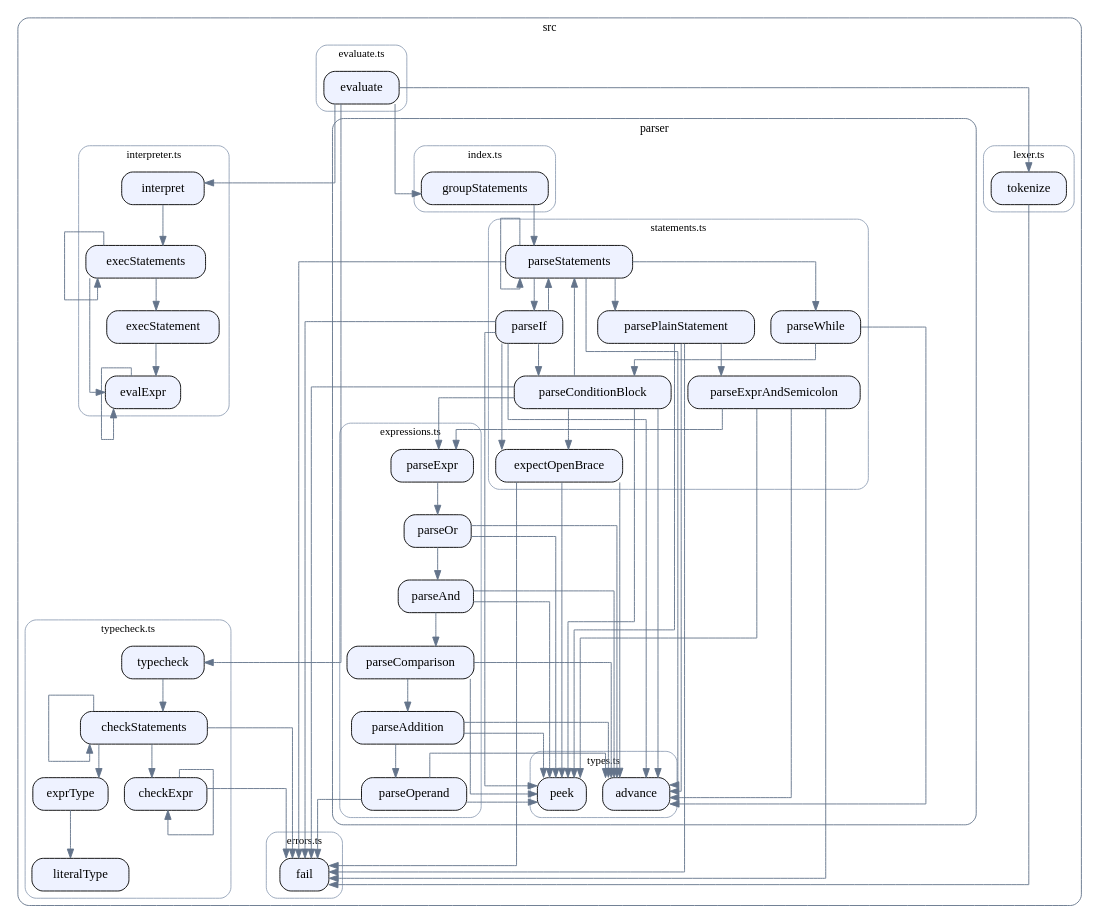
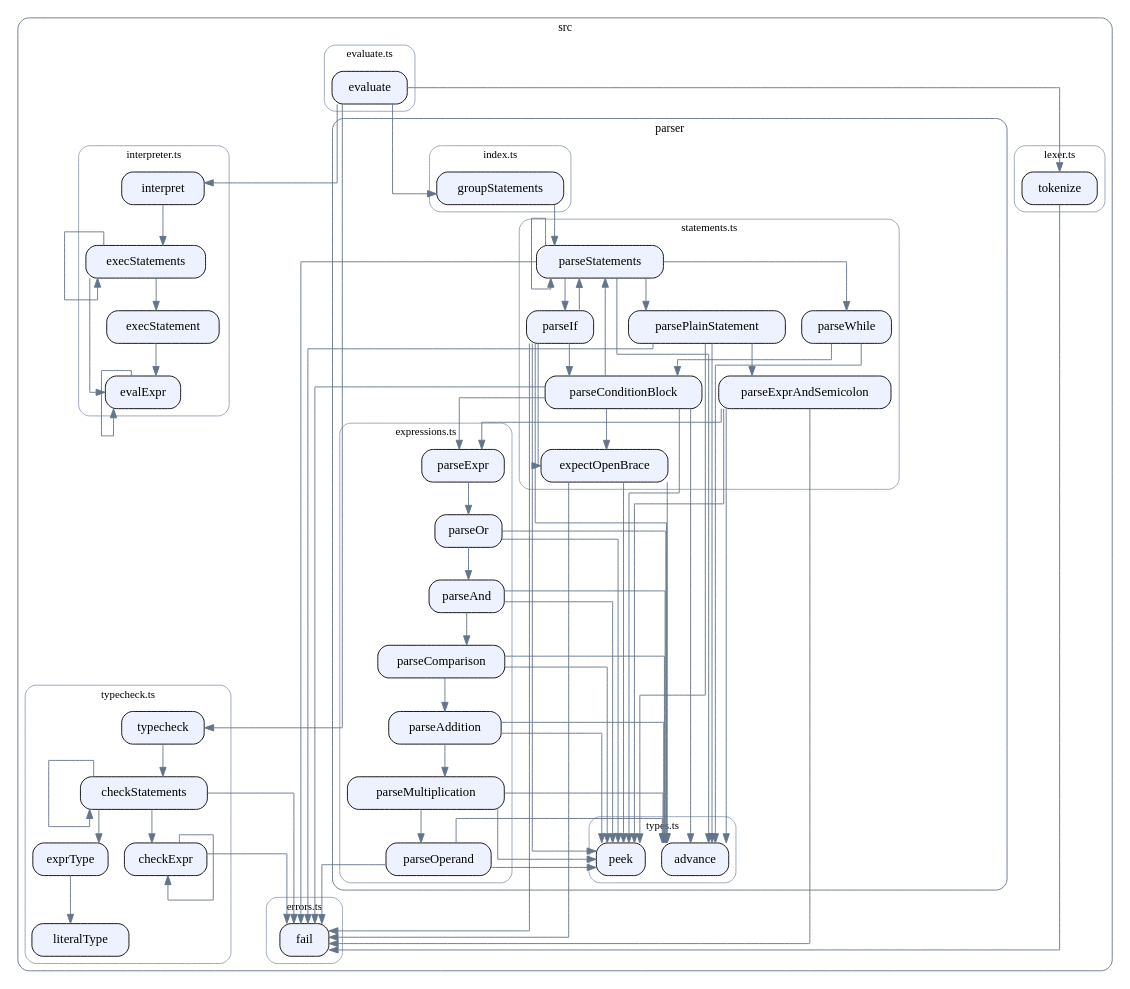
Before and after one commit to SirMathhman/Tuff: the diagram in docs/callgraph.dot, drawn with Graphviz. The commit also changed 8 other files, not shown here.

```diff
--- a/docs/callgraph.dot
+++ b/docs/callgraph.dot
@@ -1,178 +1,182 @@
 digraph tuff {
   rankdir=TB;
   splines=ortho;
   node [shape=box, style="rounded,filled", fillcolor="#eef2ff", fontname="Consolas"];
   edge [color="#64748b"];
   subgraph "cluster_dir_src" {
     style="rounded";
     color="#64748b";
     fontname="Consolas";
     fontsize=13;
     label="src";
   subgraph "cluster_src_errors_ts" {
     style="rounded";
     color="#94a3b8";
     fontname="Consolas";
     fontsize=12;
     label="errors.ts";
     "src\\errors.ts::fail" [label="fail"];
   }
   subgraph "cluster_src_evaluate_ts" {
     style="rounded";
     color="#94a3b8";
     fontname="Consolas";
     fontsize=12;
     label="evaluate.ts";
     "src\\evaluate.ts::evaluate" [label="evaluate"];
   }
   subgraph "cluster_src_interpreter_ts" {
     style="rounded";
     color="#94a3b8";
     fontname="Consolas";
     fontsize=12;
     label="interpreter.ts";
     "src\\interpreter.ts::evalExpr" [label="evalExpr"];
     "src\\interpreter.ts::execStatement" [label="execStatement"];
     "src\\interpreter.ts::execStatements" [label="execStatements"];
     "src\\interpreter.ts::interpret" [label="interpret"];
   }
   subgraph "cluster_src_lexer_ts" {
     style="rounded";
     color="#94a3b8";
     fontname="Consolas";
     fontsize=12;
     label="lexer.ts";
     "src\\lexer.ts::tokenize" [label="tokenize"];
   }
   subgraph "cluster_src_typecheck_ts" {
     style="rounded";
     color="#94a3b8";
     fontname="Consolas";
     fontsize=12;
     label="typecheck.ts";
     "src\\typecheck.ts::literalType" [label="literalType"];
     "src\\typecheck.ts::checkExpr" [label="checkExpr"];
     "src\\typecheck.ts::exprType" [label="exprType"];
     "src\\typecheck.ts::checkStatements" [label="checkStatements"];
     "src\\typecheck.ts::typecheck" [label="typecheck"];
   }
   subgraph "cluster_dir_src_parser" {
     style="rounded";
     color="#64748b";
     fontname="Consolas";
     fontsize=13;
     label="parser";
   subgraph "cluster_src_parser_expressions_ts" {
     style="rounded";
     color="#94a3b8";
     fontname="Consolas";
     fontsize=12;
     label="expressions.ts";
     "src\\parser\\expressions.ts::parseExpr" [label="parseExpr"];
     "src\\parser\\expressions.ts::parseOr" [label="parseOr"];
     "src\\parser\\expressions.ts::parseAnd" [label="parseAnd"];
     "src\\parser\\expressions.ts::parseComparison" [label="parseComparison"];
     "src\\parser\\expressions.ts::parseAddition" [label="parseAddition"];
+    "src\\parser\\expressions.ts::parseMultiplication" [label="parseMultiplication"];
     "src\\parser\\expressions.ts::parseOperand" [label="parseOperand"];
   }
   subgraph "cluster_src_parser_index_ts" {
     style="rounded";
     color="#94a3b8";
     fontname="Consolas";
     fontsize=12;
     label="index.ts";
     "src\\parser\\index.ts::groupStatements" [label="groupStatements"];
   }
   subgraph "cluster_src_parser_statements_ts" {
     style="rounded";
     color="#94a3b8";
     fontname="Consolas";
     fontsize=12;
     label="statements.ts";
     "src\\parser\\statements.ts::parseStatements" [label="parseStatements"];
     "src\\parser\\statements.ts::parseExprAndSemicolon" [label="parseExprAndSemicolon"];
     "src\\parser\\statements.ts::expectOpenBrace" [label="expectOpenBrace"];
     "src\\parser\\statements.ts::parsePlainStatement" [label="parsePlainStatement"];
     "src\\parser\\statements.ts::parseConditionBlock" [label="parseConditionBlock"];
     "src\\parser\\statements.ts::parseIf" [label="parseIf"];
     "src\\parser\\statements.ts::parseWhile" [label="parseWhile"];
   }
   subgraph "cluster_src_parser_types_ts" {
     style="rounded";
     color="#94a3b8";
     fontname="Consolas";
     fontsize=12;
     label="types.ts";
     "src\\parser\\types.ts::peek" [label="peek"];
     "src\\parser\\types.ts::advance" [label="advance"];
   }
   }
   }
   "src\\evaluate.ts::evaluate" -> "src\\lexer.ts::tokenize";
   "src\\evaluate.ts::evaluate" -> "src\\parser\\index.ts::groupStatements";
   "src\\evaluate.ts::evaluate" -> "src\\typecheck.ts::typecheck";
   "src\\evaluate.ts::evaluate" -> "src\\interpreter.ts::interpret";
   "src\\interpreter.ts::evalExpr" -> "src\\interpreter.ts::evalExpr";
   "src\\interpreter.ts::execStatement" -> "src\\interpreter.ts::evalExpr";
   "src\\interpreter.ts::execStatements" -> "src\\interpreter.ts::execStatements";
   "src\\interpreter.ts::execStatements" -> "src\\interpreter.ts::evalExpr";
   "src\\interpreter.ts::execStatements" -> "src\\interpreter.ts::execStatement";
   "src\\interpreter.ts::interpret" -> "src\\interpreter.ts::execStatements";
   "src\\lexer.ts::tokenize" -> "src\\errors.ts::fail";
   "src\\parser\\expressions.ts::parseExpr" -> "src\\parser\\expressions.ts::parseOr";
   "src\\parser\\expressions.ts::parseOr" -> "src\\parser\\expressions.ts::parseAnd";
   "src\\parser\\expressions.ts::parseOr" -> "src\\parser\\types.ts::peek";
   "src\\parser\\expressions.ts::parseOr" -> "src\\parser\\types.ts::advance";
   "src\\parser\\expressions.ts::parseAnd" -> "src\\parser\\expressions.ts::parseComparison";
   "src\\parser\\expressions.ts::parseAnd" -> "src\\parser\\types.ts::peek";
   "src\\parser\\expressions.ts::parseAnd" -> "src\\parser\\types.ts::advance";
   "src\\parser\\expressions.ts::parseComparison" -> "src\\parser\\expressions.ts::parseAddition";
   "src\\parser\\expressions.ts::parseComparison" -> "src\\parser\\types.ts::peek";
   "src\\parser\\expressions.ts::parseComparison" -> "src\\parser\\types.ts::advance";
-  "src\\parser\\expressions.ts::parseAddition" -> "src\\parser\\expressions.ts::parseOperand";
+  "src\\parser\\expressions.ts::parseAddition" -> "src\\parser\\expressions.ts::parseMultiplication";
   "src\\parser\\expressions.ts::parseAddition" -> "src\\parser\\types.ts::peek";
   "src\\parser\\expressions.ts::parseAddition" -> "src\\parser\\types.ts::advance";
+  "src\\parser\\expressions.ts::parseMultiplication" -> "src\\parser\\expressions.ts::parseOperand";
+  "src\\parser\\expressions.ts::parseMultiplication" -> "src\\parser\\types.ts::peek";
+  "src\\parser\\expressions.ts::parseMultiplication" -> "src\\parser\\types.ts::advance";
   "src\\parser\\expressions.ts::parseOperand" -> "src\\parser\\types.ts::peek";
   "src\\parser\\expressions.ts::parseOperand" -> "src\\errors.ts::fail";
   "src\\parser\\expressions.ts::parseOperand" -> "src\\parser\\types.ts::advance";
   "src\\parser\\index.ts::groupStatements" -> "src\\parser\\statements.ts::parseStatements";
   "src\\parser\\statements.ts::parseStatements" -> "src\\parser\\types.ts::advance";
   "src\\parser\\statements.ts::parseStatements" -> "src\\parser\\statements.ts::parseStatements";
   "src\\parser\\statements.ts::parseStatements" -> "src\\errors.ts::fail";
   "src\\parser\\statements.ts::parseStatements" -> "src\\parser\\statements.ts::parseIf";
   "src\\parser\\statements.ts::parseStatements" -> "src\\parser\\statements.ts::parseWhile";
   "src\\parser\\statements.ts::parseStatements" -> "src\\parser\\statements.ts::parsePlainStatement";
   "src\\parser\\statements.ts::parseExprAndSemicolon" -> "src\\parser\\expressions.ts::parseExpr";
   "src\\parser\\statements.ts::parseExprAndSemicolon" -> "src\\parser\\types.ts::peek";
   "src\\parser\\statements.ts::parseExprAndSemicolon" -> "src\\errors.ts::fail";
   "src\\parser\\statements.ts::parseExprAndSemicolon" -> "src\\parser\\types.ts::advance";
   "src\\parser\\statements.ts::expectOpenBrace" -> "src\\parser\\types.ts::peek";
   "src\\parser\\statements.ts::expectOpenBrace" -> "src\\errors.ts::fail";
   "src\\parser\\statements.ts::expectOpenBrace" -> "src\\parser\\types.ts::advance";
   "src\\parser\\statements.ts::parsePlainStatement" -> "src\\parser\\types.ts::peek";
   "src\\parser\\statements.ts::parsePlainStatement" -> "src\\errors.ts::fail";
   "src\\parser\\statements.ts::parsePlainStatement" -> "src\\parser\\types.ts::advance";
   "src\\parser\\statements.ts::parsePlainStatement" -> "src\\parser\\statements.ts::parseExprAndSemicolon";
   "src\\parser\\statements.ts::parseConditionBlock" -> "src\\parser\\types.ts::peek";
   "src\\parser\\statements.ts::parseConditionBlock" -> "src\\errors.ts::fail";
   "src\\parser\\statements.ts::parseConditionBlock" -> "src\\parser\\types.ts::advance";
   "src\\parser\\statements.ts::parseConditionBlock" -> "src\\parser\\expressions.ts::parseExpr";
   "src\\parser\\statements.ts::parseConditionBlock" -> "src\\parser\\statements.ts::expectOpenBrace";
   "src\\parser\\statements.ts::parseConditionBlock" -> "src\\parser\\statements.ts::parseStatements";
   "src\\parser\\statements.ts::parseIf" -> "src\\parser\\types.ts::advance";
   "src\\parser\\statements.ts::parseIf" -> "src\\parser\\statements.ts::parseConditionBlock";
   "src\\parser\\statements.ts::parseIf" -> "src\\parser\\types.ts::peek";
   "src\\parser\\statements.ts::parseIf" -> "src\\parser\\statements.ts::expectOpenBrace";
   "src\\parser\\statements.ts::parseIf" -> "src\\parser\\statements.ts::parseStatements";
   "src\\parser\\statements.ts::parseIf" -> "src\\errors.ts::fail";
   "src\\parser\\statements.ts::parseWhile" -> "src\\parser\\types.ts::advance";
   "src\\parser\\statements.ts::parseWhile" -> "src\\parser\\statements.ts::parseConditionBlock";
   "src\\typecheck.ts::checkExpr" -> "src\\errors.ts::fail";
   "src\\typecheck.ts::checkExpr" -> "src\\typecheck.ts::checkExpr";
   "src\\typecheck.ts::exprType" -> "src\\typecheck.ts::literalType";
   "src\\typecheck.ts::checkStatements" -> "src\\typecheck.ts::checkExpr";
   "src\\typecheck.ts::checkStatements" -> "src\\typecheck.ts::exprType";
   "src\\typecheck.ts::checkStatements" -> "src\\errors.ts::fail";
   "src\\typecheck.ts::checkStatements" -> "src\\typecheck.ts::checkStatements";
   "src\\typecheck.ts::typecheck" -> "src\\typecheck.ts::checkStatements";
 }
```
